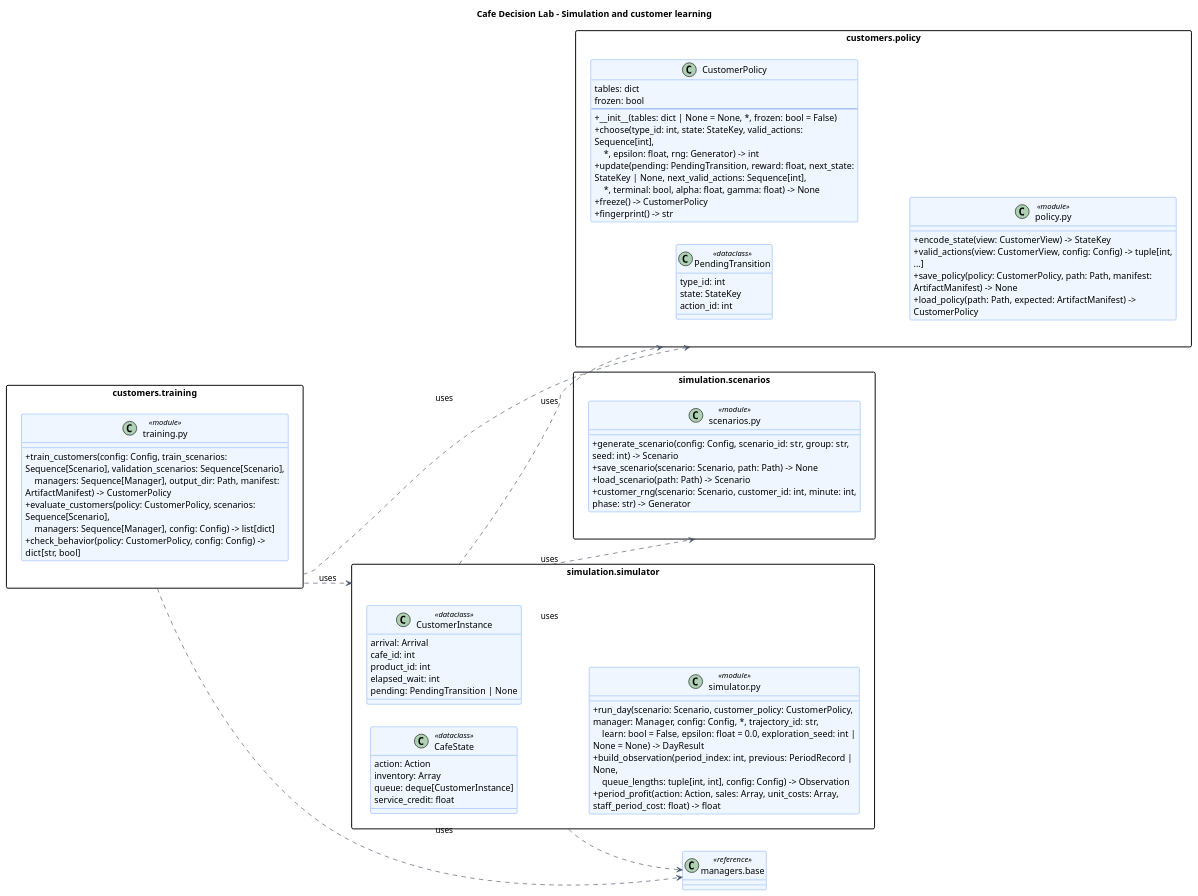
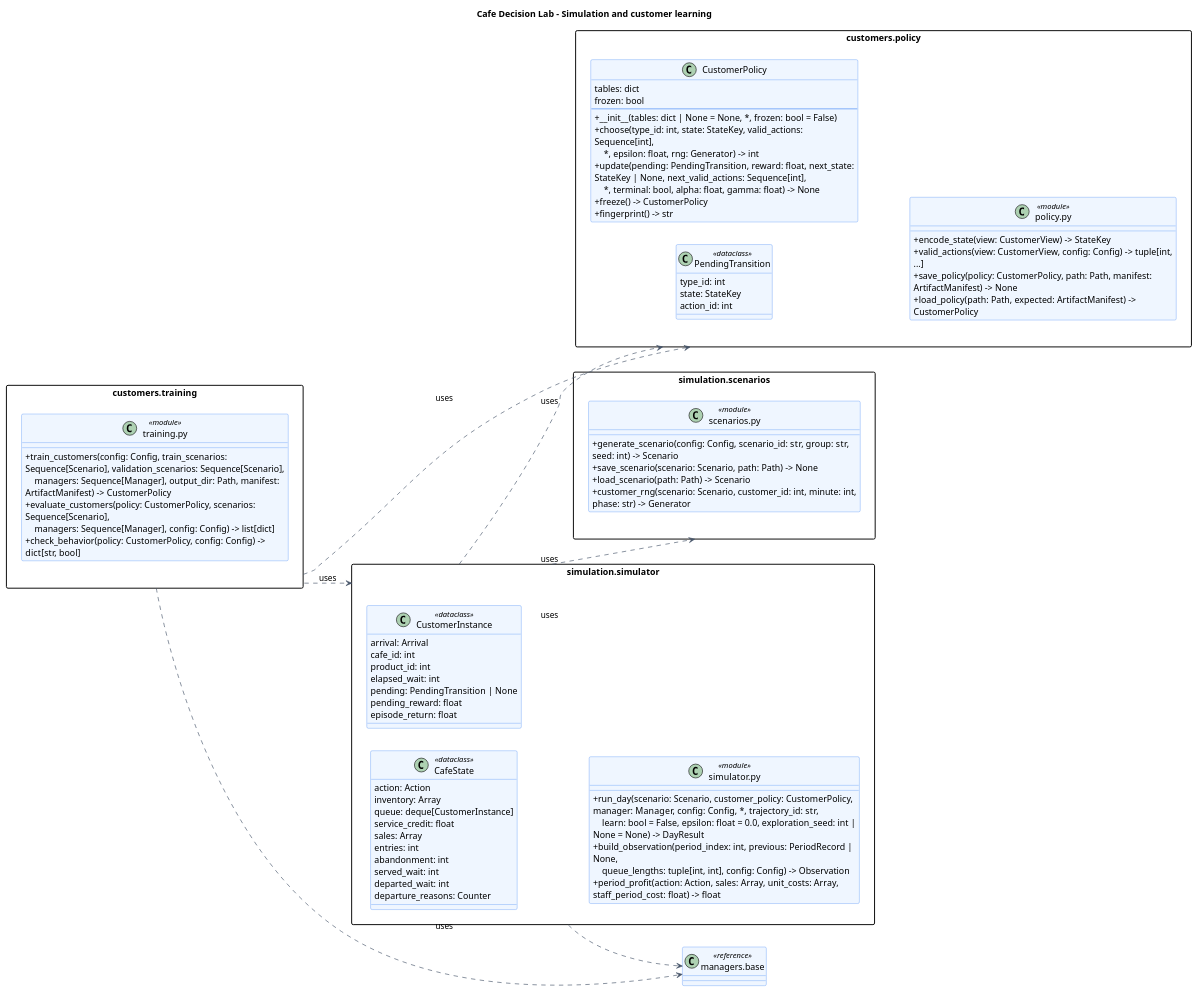
One commit to enzo-dosanjos/cafe-decision-lab changed the diagram in docs/architecture/diagrams/src/simulation_api.puml. Above: the diagram before and after it, drawn with PlantUML. The commit also changed 15 other files, not shown here.

```diff
--- a/docs/architecture/diagrams/src/simulation_api.puml
+++ b/docs/architecture/diagrams/src/simulation_api.puml
@@ -1,78 +1,86 @@
 @startuml simulation_api
 title Cafe Decision Lab - Simulation and customer learning
 left to right direction
 skinparam shadowing false
 skinparam defaultFontName SansSerif
 skinparam classAttributeIconSize 0
 skinparam packageStyle rectangle
 skinparam classBackgroundColor #EFF6FF
 skinparam classBorderColor #3B82F6
 skinparam ArrowColor #475569
 skinparam wrapWidth 420
 
 package "simulation.scenarios" as pkg_simulation_scenarios {
 class "scenarios.py" as simulation_scenarios_functions <<module>> {
   + generate_scenario(config: Config, scenario_id: str, group: str, seed: int) -> Scenario
   + save_scenario(scenario: Scenario, path: Path) -> None
   + load_scenario(path: Path) -> Scenario
   + customer_rng(scenario: Scenario, customer_id: int, minute: int, phase: str) -> Generator
 }
 }
 package "simulation.simulator" as pkg_simulation_simulator {
 class "CafeState" as simulation_simulator_CafeState <<dataclass>> {
   action: Action
   inventory: Array
   queue: deque[CustomerInstance]
   service_credit: float
+  sales: Array
+  entries: int
+  abandonment: int
+  served_wait: int
+  departed_wait: int
+  departure_reasons: Counter
 }
 class "CustomerInstance" as simulation_simulator_CustomerInstance <<dataclass>> {
   arrival: Arrival
   cafe_id: int
   product_id: int
   elapsed_wait: int
   pending: PendingTransition | None
+  pending_reward: float
+  episode_return: float
 }
 class "simulator.py" as simulation_simulator_functions <<module>> {
   + run_day(scenario: Scenario, customer_policy: CustomerPolicy, manager: Manager, config: Config, *, trajectory_id: str,\n    learn: bool = False, epsilon: float = 0.0, exploration_seed: int | None = None) -> DayResult
   + build_observation(period_index: int, previous: PeriodRecord | None,\n    queue_lengths: tuple[int, int], config: Config) -> Observation
   + period_profit(action: Action, sales: Array, unit_costs: Array, staff_period_cost: float) -> float
 }
 }
 package "customers.policy" as pkg_customers_policy {
 class "PendingTransition" as customers_policy_PendingTransition <<dataclass>> {
   type_id: int
   state: StateKey
   action_id: int
 }
 class "CustomerPolicy" as customers_policy_CustomerPolicy {
   tables: dict
   frozen: bool
   --
   + __init__(tables: dict | None = None, *, frozen: bool = False)
   + choose(type_id: int, state: StateKey, valid_actions: Sequence[int],\n    *, epsilon: float, rng: Generator) -> int
   + update(pending: PendingTransition, reward: float, next_state: StateKey | None, next_valid_actions: Sequence[int],\n    *, terminal: bool, alpha: float, gamma: float) -> None
   + freeze() -> CustomerPolicy
   + fingerprint() -> str
 }
 class "policy.py" as customers_policy_functions <<module>> {
   + encode_state(view: CustomerView) -> StateKey
   + valid_actions(view: CustomerView, config: Config) -> tuple[int, ...]
   + save_policy(policy: CustomerPolicy, path: Path, manifest: ArtifactManifest) -> None
   + load_policy(path: Path, expected: ArtifactManifest) -> CustomerPolicy
 }
 }
 package "customers.training" as pkg_customers_training {
 class "training.py" as customers_training_functions <<module>> {
   + train_customers(config: Config, train_scenarios: Sequence[Scenario], validation_scenarios: Sequence[Scenario],\n    managers: Sequence[Manager], output_dir: Path, manifest: ArtifactManifest) -> CustomerPolicy
   + evaluate_customers(policy: CustomerPolicy, scenarios: Sequence[Scenario],\n    managers: Sequence[Manager], config: Config) -> list[dict]
   + check_behavior(policy: CustomerPolicy, config: Config) -> dict[str, bool]
 }
 }
 class "managers.base" as ref_managers_base <<reference>>
 pkg_simulation_simulator ..> pkg_simulation_scenarios : uses
 pkg_simulation_simulator ..> pkg_customers_policy : uses
 pkg_simulation_simulator ..> ref_managers_base : uses
 pkg_customers_training ..> pkg_customers_policy : uses
 pkg_customers_training ..> pkg_simulation_simulator : uses
 pkg_customers_training ..> ref_managers_base : uses
 @enduml
```
